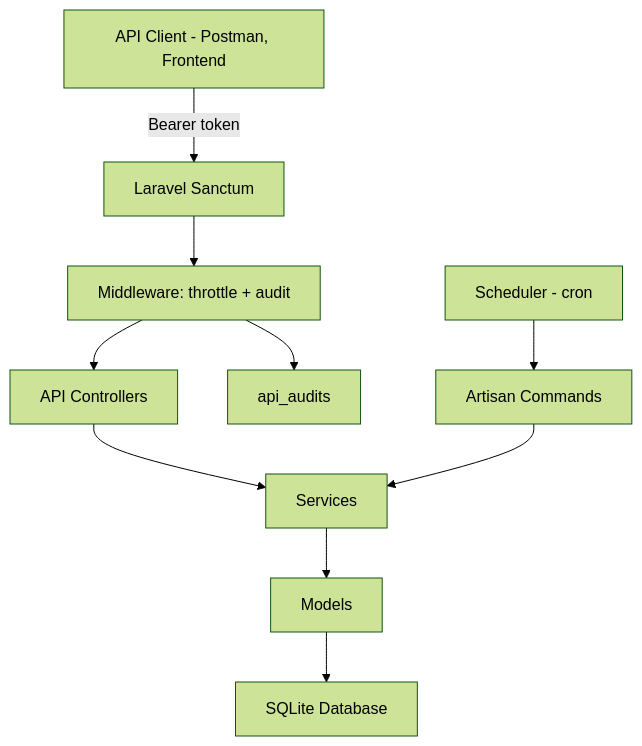
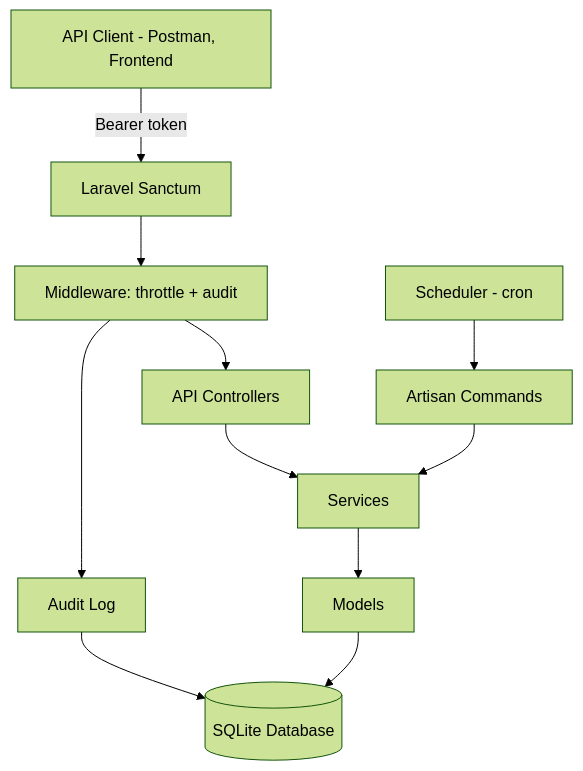
The diagram in README.md (awinwood/ticketapi), drawn with Mermaid (forest theme) before and after one commit.

Commit message:
update(postman): fixed env var in postman collection as it wasn't committed properly

````diff
--- a/README.md
+++ b/README.md
@@ -171,26 +171,27 @@
 ```mermaid
 flowchart TD
     Client[API Client - Postman, Frontend]
     Sanctum[Laravel Sanctum]
     Middleware[Middleware: throttle + audit]
     Controllers[API Controllers]
     Services[Services]
     Models[Models]
-    DB[SQLite Database]
+    DB[(SQLite Database)]
     Scheduler[Scheduler - cron]
     Commands[Artisan Commands]
-    AuditLog[api_audits]
+    AuditLog[Audit Log]
 
     Client -->|Bearer token| Sanctum
     Sanctum --> Middleware
     Middleware --> Controllers
 
     Controllers --> Services
     Services --> Models
     Models --> DB
 
     Scheduler --> Commands
     Commands --> Services
 
     Middleware --> AuditLog
+    AuditLog --> DB
 ```
````
